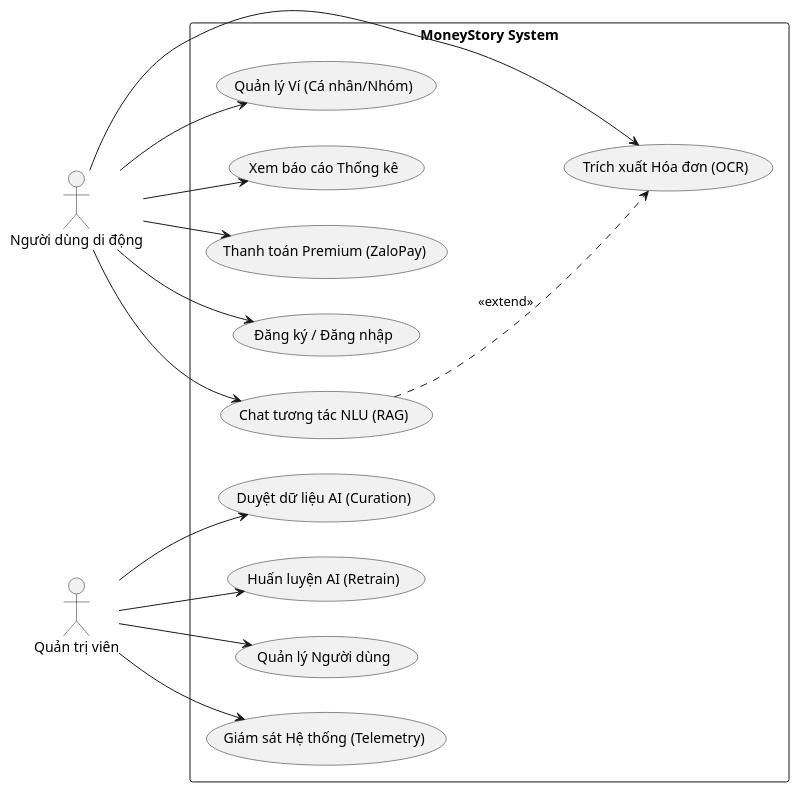
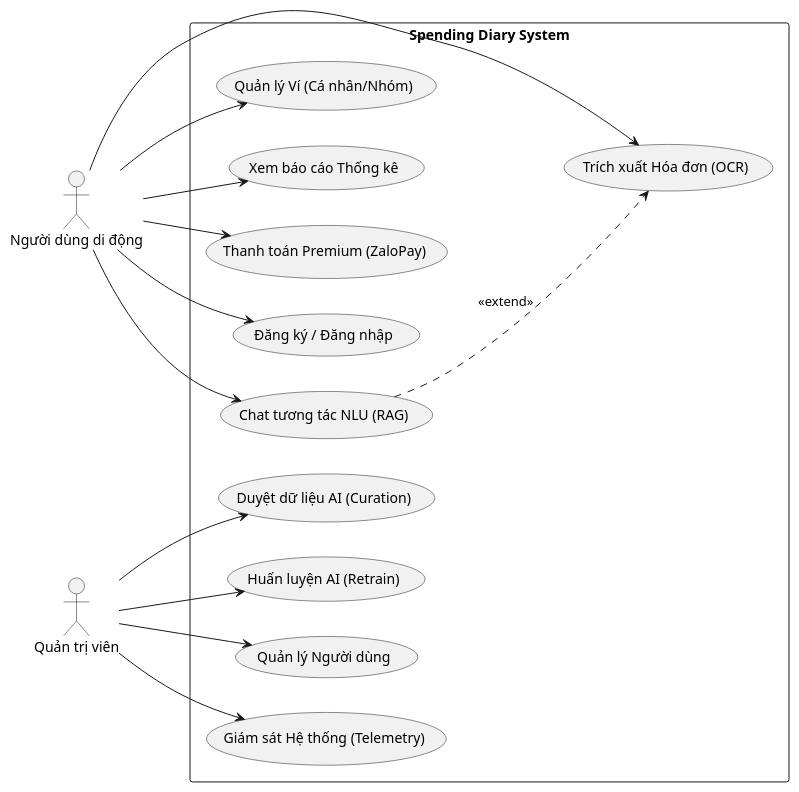
One commit to maikhang160504/spending-diary changed the first of 7 diagrams in Luan_van_Hoan_chinh.md. Above: the diagram before and after it, drawn with PlantUML. The commit also changed other lines of this file and 1 other file, not shown here.

Commit message:
feat: implement splash screen and core app navigation architecture while updating thesis documentation and NLU performance benchmarks.

````diff
--- a/Luan_van_Hoan_chinh.md
+++ b/Luan_van_Hoan_chinh.md
@@ -118,37 +137,37 @@
 ```plantuml
 @startuml
 left to right direction
 skinparam packageStyle rectangle
 
 actor "Người dùng di động" as User
 actor "Quản trị viên" as Admin
 
-package "MoneyStory System" {
+package "Spending Diary System" {
     usecase "Đăng ký / Đăng nhập" as UC1
     usecase "Chat tương tác NLU (RAG)" as UC2
     usecase "Trích xuất Hóa đơn (OCR)" as UC3
     usecase "Quản lý Ví (Cá nhân/Nhóm)" as UC4
     usecase "Xem báo cáo Thống kê" as UC5
     usecase "Thanh toán Premium (ZaloPay)" as UC6
     
     usecase "Quản lý Người dùng" as UC7
     usecase "Giám sát Hệ thống (Telemetry)" as UC8
     usecase "Duyệt dữ liệu AI (Curation)" as UC9
     usecase "Huấn luyện AI (Retrain)" as UC10
 }
 
 User --> UC1
 User --> UC2
 User --> UC3
 User --> UC4
 User --> UC5
 User --> UC6
 
 Admin --> UC7
 Admin --> UC8
 Admin --> UC9
 Admin --> UC10
 
 UC2 ..> UC3 : <<extend>>
 @enduml
 ```
````
